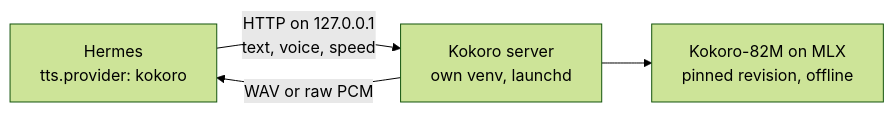
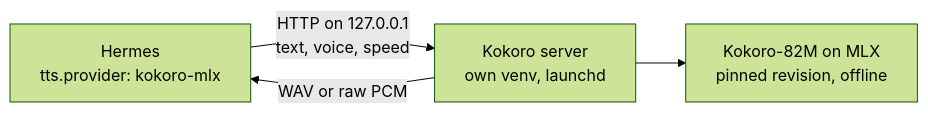
One commit to brunosouzas/hermes-kokoro-tts changed the diagram in README.md. Above: the diagram before and after it, drawn with Mermaid (forest theme). The commit also changed other lines of this file and 6 other files, not shown here.

First line of the commit message:
Rename the provider to kokoro-mlx (0.2.0)

````diff
--- a/README.md
+++ b/README.md
@@ -76,6 +78,6 @@
 ```mermaid
 flowchart LR
-  H["Hermes<br/>tts.provider: kokoro"] -- "HTTP on 127.0.0.1<br/>text, voice, speed" --> S["Kokoro server<br/>own venv, launchd"]
+  H["Hermes<br/>tts.provider: kokoro-mlx"] -- "HTTP on 127.0.0.1<br/>text, voice, speed" --> S["Kokoro server<br/>own venv, launchd"]
   S -- "WAV or raw PCM" --> H
   S --> M["Kokoro-82M on MLX<br/>pinned revision, offline"]
 ```
````
